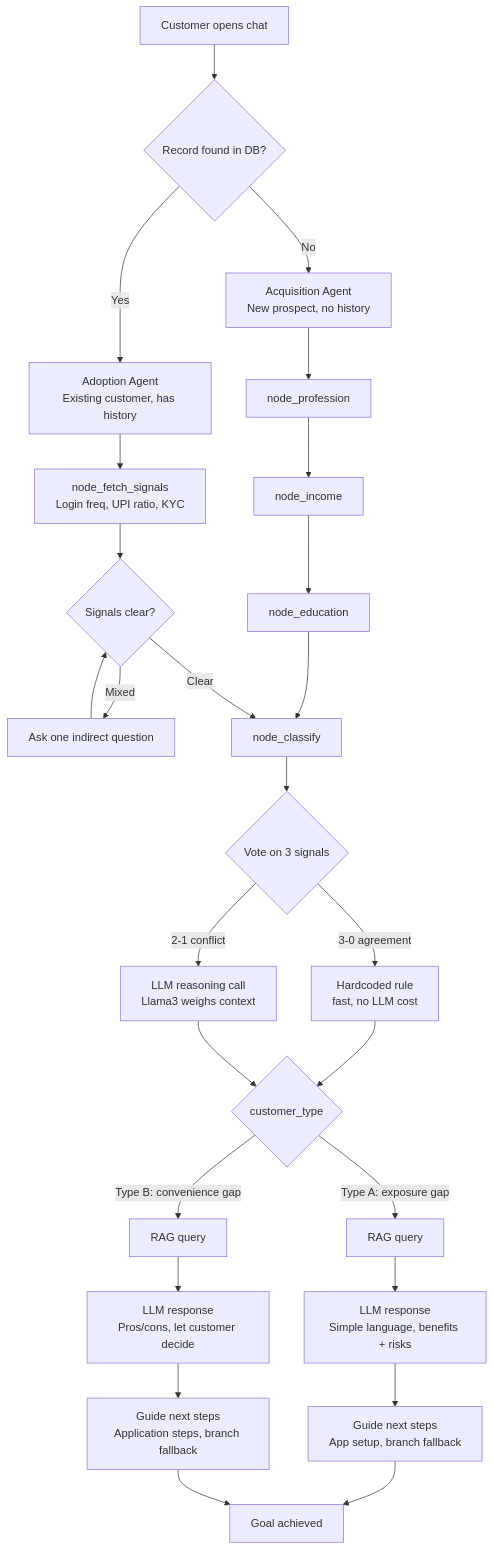
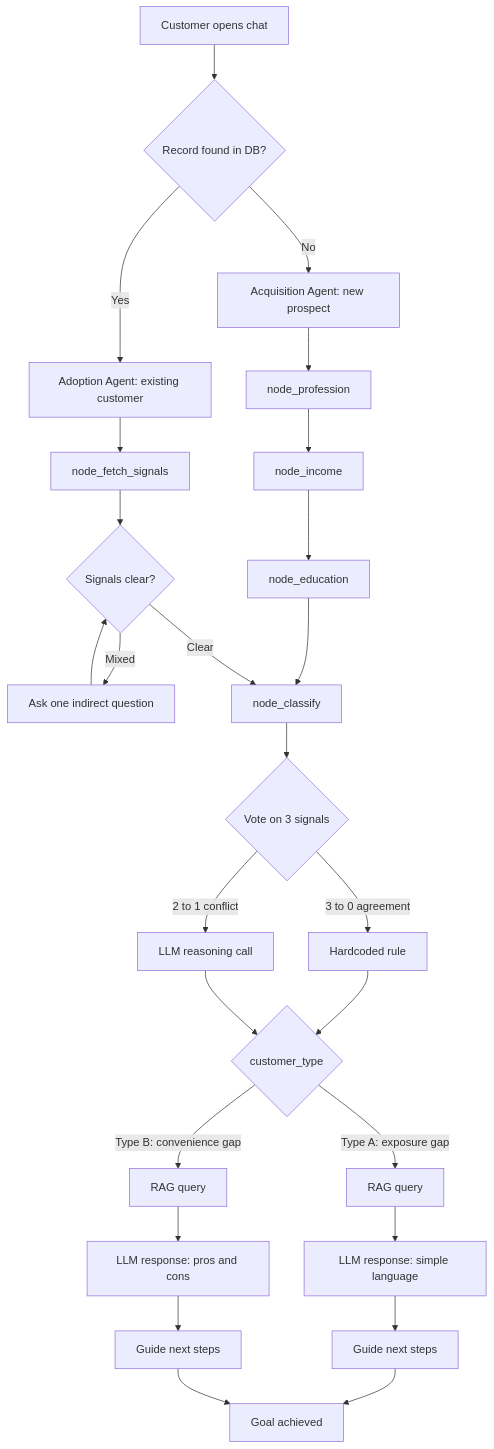
Before and after one commit to Soumya-205/ArthaSetu: the diagram in README.md, drawn with Mermaid.

Commit message:
update mermaid diagram

````diff
--- a/README.md
+++ b/README.md
@@ -30,37 +30,37 @@
 ```mermaid
 flowchart TD
     A[Customer opens chat] --> B{Record found in DB?}
-    B -- No --> C[Acquisition Agent<br/>New prospect, no history]
-    B -- Yes --> D[Adoption Agent<br/>Existing customer, has history]
+    B -->|No| C[Acquisition Agent: new prospect]
+    B -->|Yes| D[Adoption Agent: existing customer]
 
     C --> C1[node_profession]
     C1 --> C2[node_income]
     C2 --> C3[node_education]
 
-    D --> D1[node_fetch_signals<br/>Login freq, UPI ratio, KYC]
+    D --> D1[node_fetch_signals]
     D1 --> D2{Signals clear?}
-    D2 -- Mixed --> D3[Ask one indirect question]
+    D2 -->|Mixed| D3[Ask one indirect question]
     D3 --> D2
 
     C3 --> E[node_classify]
-    D2 -- Clear --> E
+    D2 -->|Clear| E
 
     E --> E1{Vote on 3 signals}
-    E1 -- "3-0 agreement" --> E2[Hardcoded rule<br/>fast, no LLM cost]
-    E1 -- "2-1 conflict" --> E3[LLM reasoning call<br/>Llama3 weighs context]
+    E1 -->|3 to 0 agreement| E2[Hardcoded rule]
+    E1 -->|2 to 1 conflict| E3[LLM reasoning call]
 
     E2 --> F{customer_type}
     E3 --> F
 
-    F -- Type A: exposure gap --> G1[RAG query]
-    F -- Type B: convenience gap --> G2[RAG query]
+    F -->|Type A: exposure gap| G1[RAG query]
+    F -->|Type B: convenience gap| G2[RAG query]
 
-    G1 --> H1[LLM response<br/>Simple language, benefits + risks]
-    G2 --> H2[LLM response<br/>Pros/cons, let customer decide]
+    G1 --> H1[LLM response: simple language]
+    G2 --> H2[LLM response: pros and cons]
 
-    H1 --> I1[Guide next steps<br/>App setup, branch fallback]
-    H2 --> I2[Guide next steps<br/>Application steps, branch fallback]
+    H1 --> I1[Guide next steps]
+    H2 --> I2[Guide next steps]
 
     I1 --> J[Goal achieved]
     I2 --> J
 ```
````
